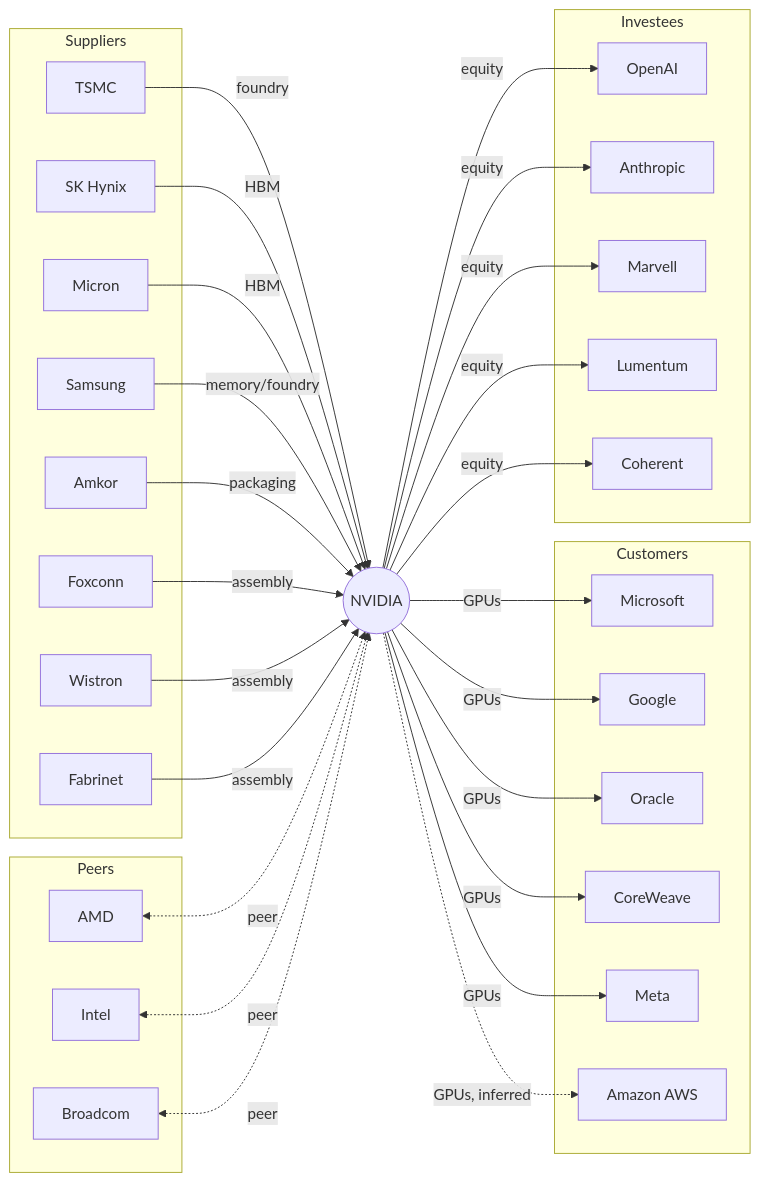
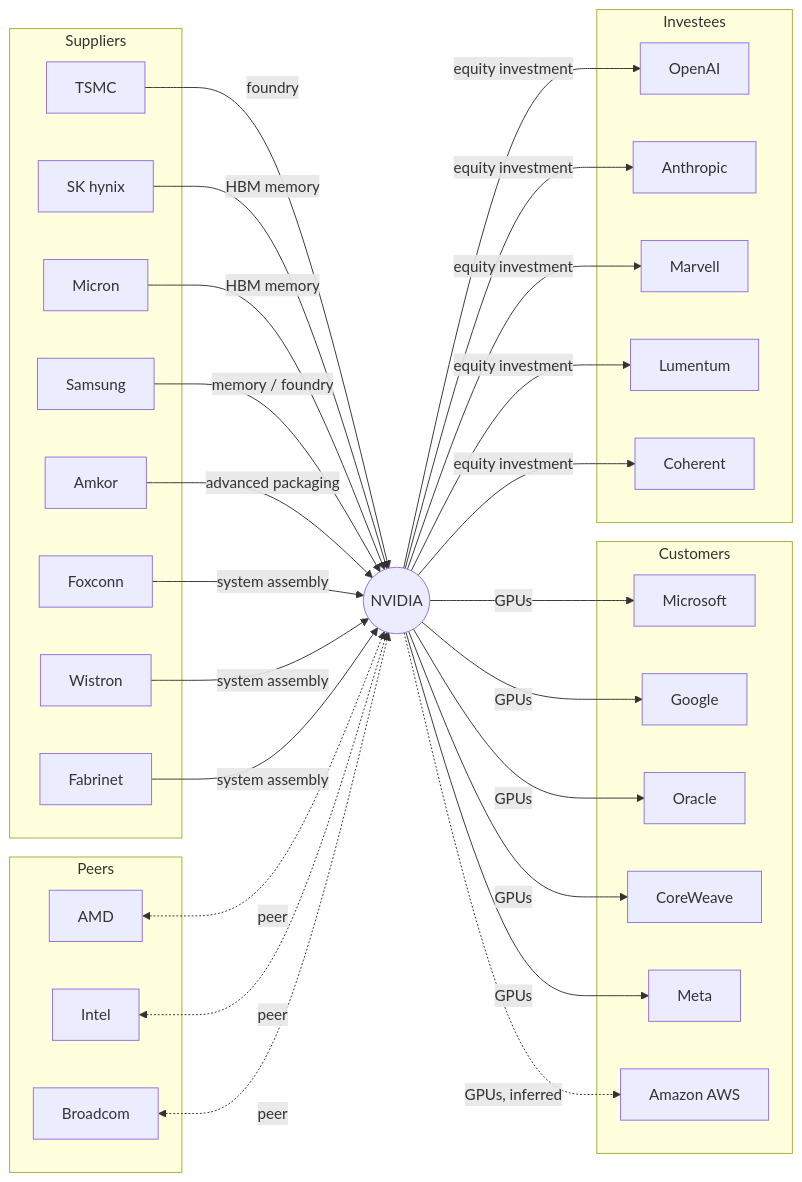
One commit to Duckweed-yhb/ProofWeave changed the diagram in README.en.md. Above: the diagram before and after it, drawn with Mermaid. The commit also changed other lines of this file and 2 other files, not shown here.

````diff
--- a/README.en.md
+++ b/README.en.md
@@ -29,64 +31,64 @@
 ```mermaid
 graph LR
   NVDA((NVIDIA))
 
   subgraph Suppliers
     TSMC[TSMC]
-    SKH[SK Hynix]
+    SKH[SK hynix]
     MU[Micron]
     SS[Samsung]
     AMKR[Amkor]
     FXA[Foxconn]
     WST[Wistron]
     FN[Fabrinet]
   end
 
   subgraph Customers
     MSFT[Microsoft]
     GOOG[Google]
     ORCL[Oracle]
     CRWV[CoreWeave]
     META[Meta]
     AMZN[Amazon AWS]
   end
 
   subgraph Investees
     OAI[OpenAI]
     ANTH[Anthropic]
     MRVL[Marvell]
     LITE[Lumentum]
     COHR[Coherent]
   end
 
   subgraph Peers
     AMD[AMD]
     INTC[Intel]
     AVGO[Broadcom]
   end
 
   TSMC -->|foundry| NVDA
-  SKH -->|HBM| NVDA
-  MU -->|HBM| NVDA
-  SS -->|memory/foundry| NVDA
-  AMKR -->|packaging| NVDA
-  FXA -->|assembly| NVDA
-  WST -->|assembly| NVDA
-  FN -->|assembly| NVDA
+  SKH -->|HBM memory| NVDA
+  MU -->|HBM memory| NVDA
+  SS -->|memory / foundry| NVDA
+  AMKR -->|advanced packaging| NVDA
+  FXA -->|system assembly| NVDA
+  WST -->|system assembly| NVDA
+  FN -->|system assembly| NVDA
 
   NVDA -->|GPUs| MSFT
   NVDA -->|GPUs| GOOG
   NVDA -->|GPUs| ORCL
   NVDA -->|GPUs| CRWV
   NVDA -->|GPUs| META
   NVDA -.->|GPUs, inferred| AMZN
 
-  NVDA -->|equity| OAI
-  NVDA -->|equity| ANTH
-  NVDA -->|equity| MRVL
-  NVDA -->|equity| LITE
-  NVDA -->|equity| COHR
+  NVDA -->|equity investment| OAI
+  NVDA -->|equity investment| ANTH
+  NVDA -->|equity investment| MRVL
+  NVDA -->|equity investment| LITE
+  NVDA -->|equity investment| COHR
 
   AMD <-.->|peer| NVDA
   INTC <-.->|peer| NVDA
   AVGO <-.->|peer| NVDA
 ```
````
